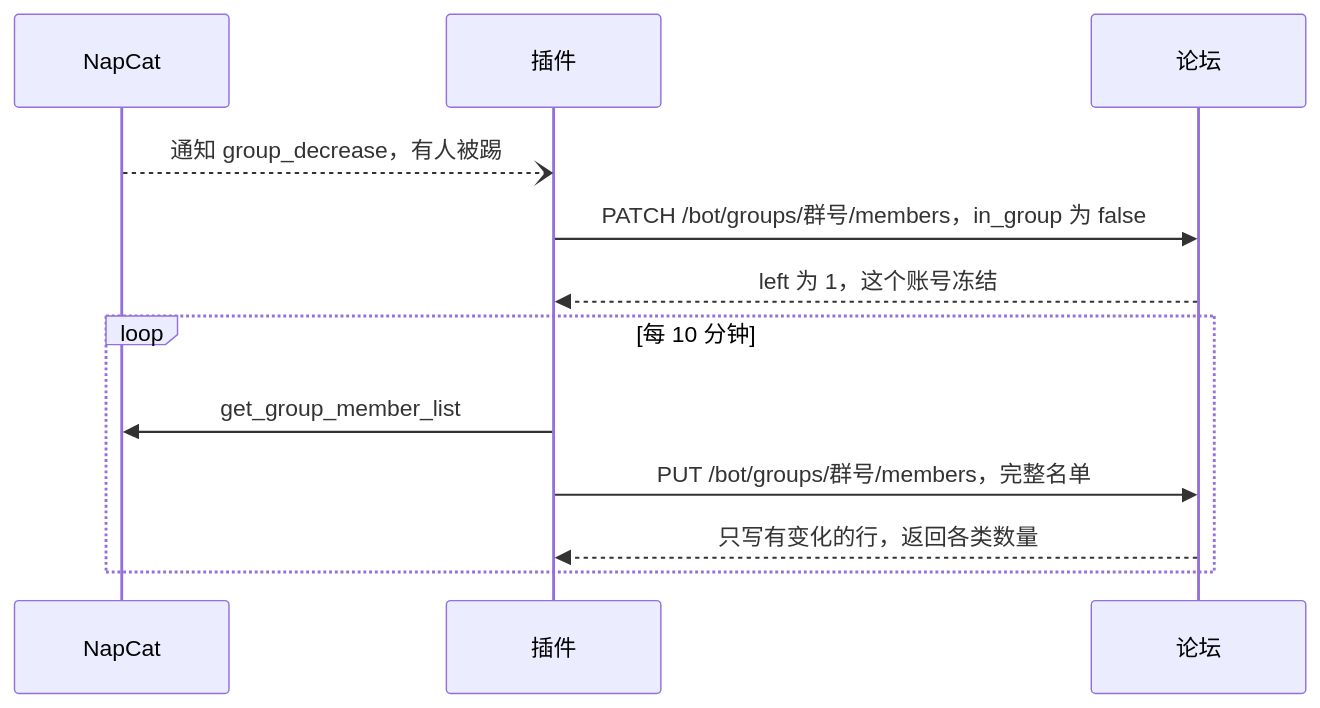
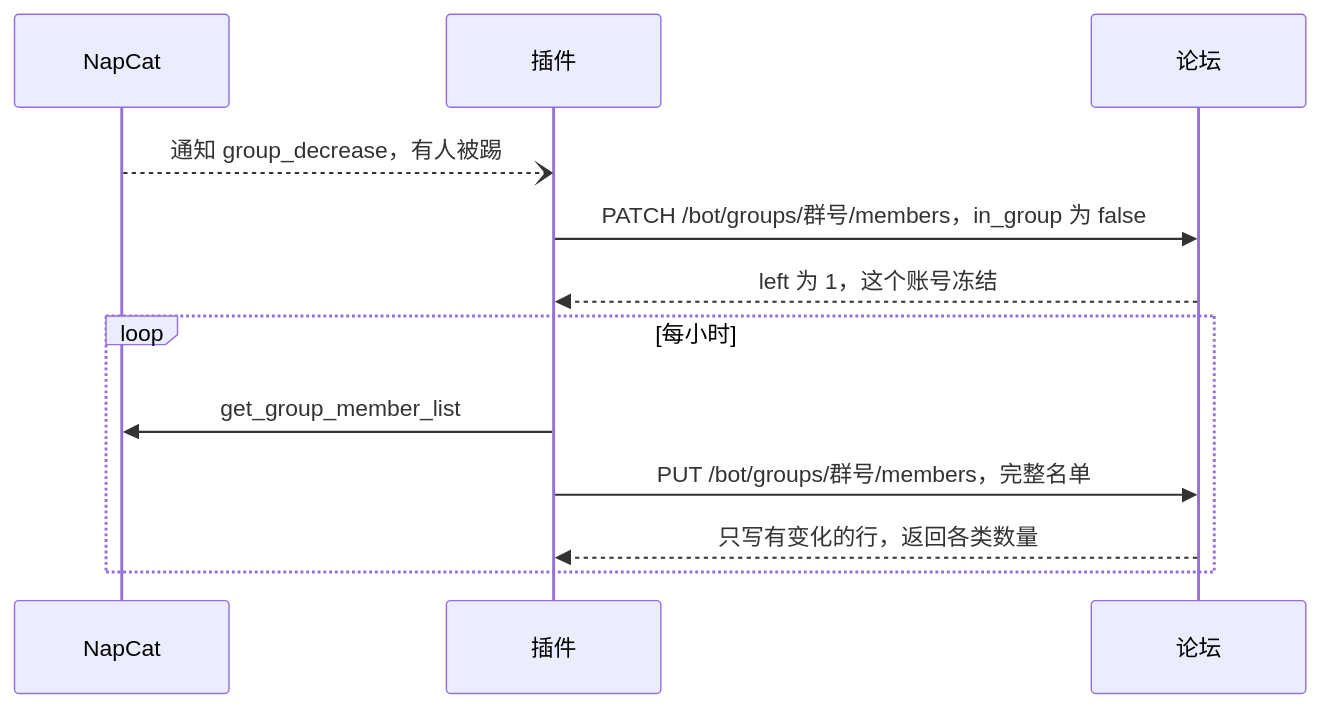
The fifth of 5 diagrams in docs/api.md (mousebaoyan/mousehole), drawn with Mermaid before and after one commit. The commit also changed other lines of this file and 3 other files, not shown here.

````diff
--- a/docs/api.md
+++ b/docs/api.md
@@ -549,14 +549,14 @@
 ```mermaid
 sequenceDiagram
     participant Q as NapCat
     participant P as 插件
     participant F as 论坛
     Q--)P: 通知 group_decrease，有人被踢
     P->>F: PATCH /bot/groups/群号/members，in_group 为 false
     F-->>P: left 为 1，这个账号冻结
-    loop 每 10 分钟
+    loop 每小时
         P->>Q: get_group_member_list
         P->>F: PUT /bot/groups/群号/members，完整名单
         F-->>P: 只写有变化的行，返回各类数量
     end
 ```
````
